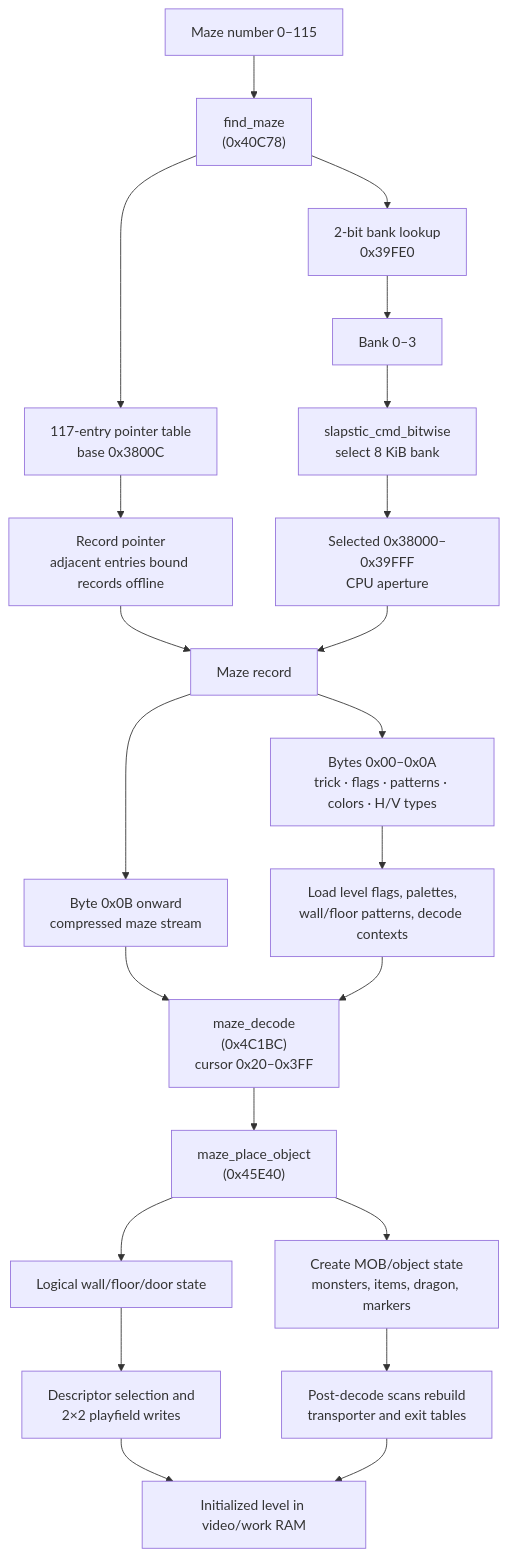
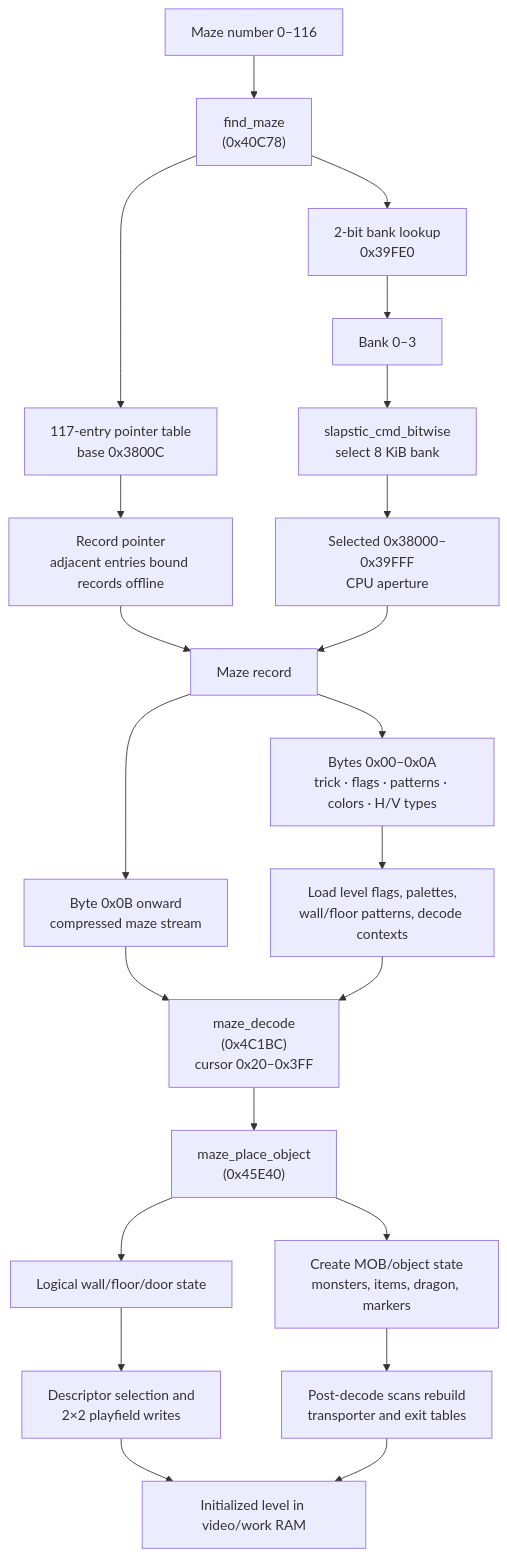
One commit to alinsavix/gauntlet-gamerom-ai-reveng changed the diagram in doc/06_maze_catalog.md. Above: the diagram before and after it, drawn with Mermaid. The commit also changed other lines of this file and 9 other files, not shown here.

````diff
--- a/doc/06_maze_catalog.md
+++ b/doc/06_maze_catalog.md
@@ -19,25 +19,25 @@
 ```mermaid
 flowchart TD
-    maze["Maze number 0–115"] --> find["find_maze<br/>(0x40C78)"]
+    maze["Maze number 0–116"] --> find["find_maze<br/>(0x40C78)"]
     find --> banktbl["2-bit bank lookup<br/>0x39FE0"]
     find --> ptrtbl["117-entry pointer table<br/>base 0x3800C"]
     banktbl --> bank["Bank 0–3"]
     ptrtbl --> ptr["Record pointer<br/>adjacent entries bound records offline"]
     bank --> latch["slapstic_cmd_bitwise<br/>select 8 KiB bank"]
     latch --> aperture["Selected 0x38000–0x39FFF<br/>CPU aperture"]
     ptr --> record["Maze record"]
     aperture --> record
 
     record --> header["Bytes 0x00–0x0A<br/>trick · flags · patterns · colors · H/V types"]
     record --> stream["Byte 0x0B onward<br/>compressed maze stream"]
     header --> config["Load level flags, palettes,<br/>wall/floor patterns, decode contexts"]
     stream --> decode["maze_decode<br/>(0x4C1BC)<br/>cursor 0x20–0x3FF"]
     config --> decode
     decode --> place["maze_place_object<br/>(0x45E40)"]
     place --> mobs["Create MOB/object state<br/>monsters, items, dragon, markers"]
     place --> logical["Logical wall/floor/door state"]
     logical --> render["Descriptor selection and<br/>2×2 playfield writes"]
     mobs --> scan["Post-decode scans rebuild<br/>transporter and exit tables"]
     render --> game["Initialized level in video/work RAM"]
     scan --> game
 ```
````
